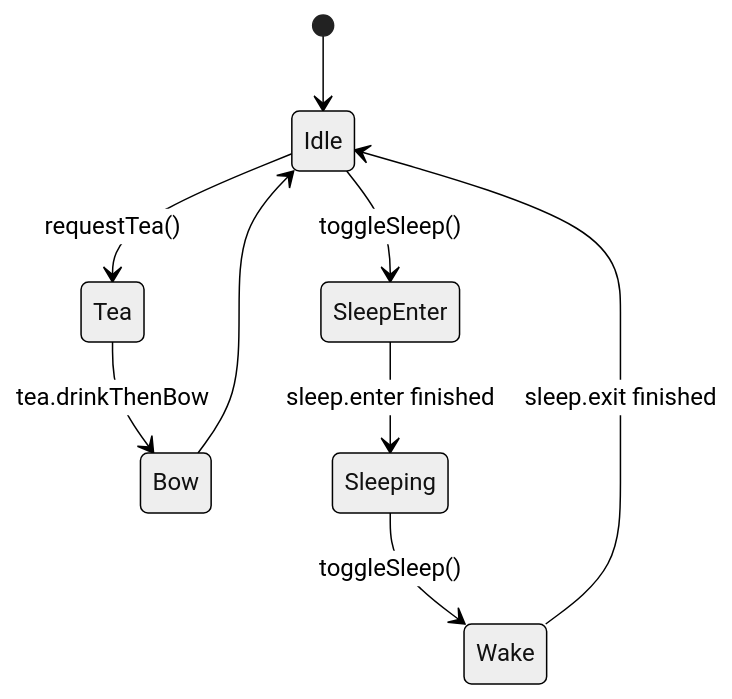
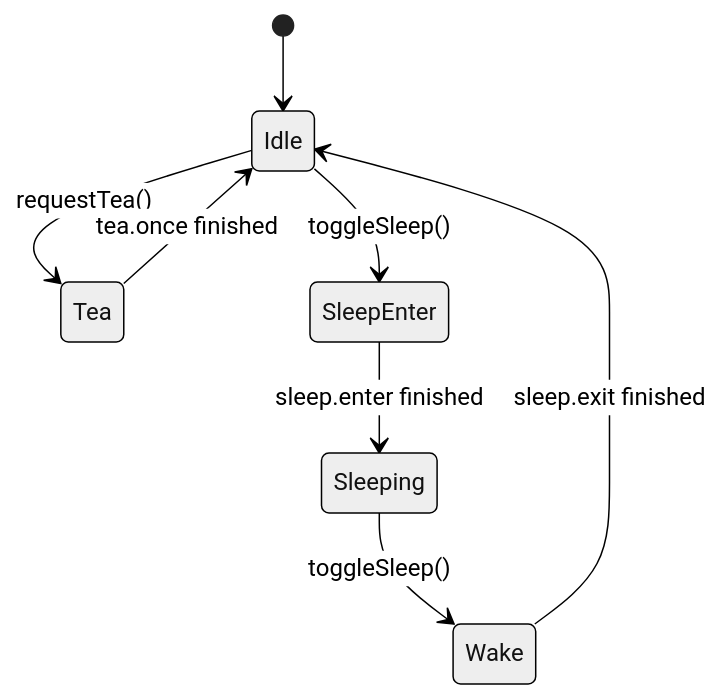
Diagram 11 of 20 in docs/v2/设计方案/皮肤包播放行为设计.md (tiantian180/MilesEdgeworth), drawn with Mermaid (neutral theme) before and after one commit. The commit also changed other lines of this file and 7 other files, not shown here.

Commit message:
fix: match legacy tea animation flow

````diff
--- a/docs/v2/设计方案/皮肤包播放行为设计.md
+++ b/docs/v2/设计方案/皮肤包播放行为设计.md
@@ -1345,11 +1345,10 @@
 ```mermaid
 stateDiagram-v2
     [*] --> Idle
     Idle --> Tea: requestTea()
-    Tea --> Bow: tea.drinkThenBow
-    Bow --> Idle
+    Tea --> Idle: tea.once finished
     Idle --> SleepEnter: toggleSleep()
     SleepEnter --> Sleeping: sleep.enter finished
     Sleeping --> Wake: toggleSleep()
     Wake --> Idle: sleep.exit finished
 ```
````
